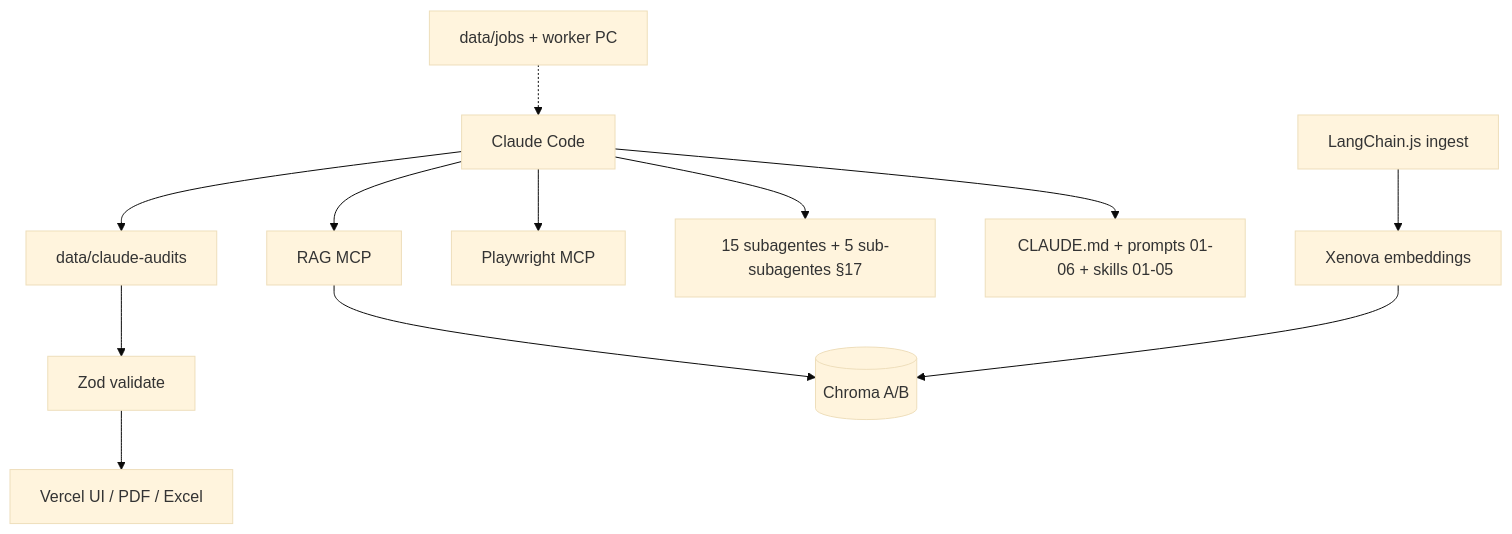
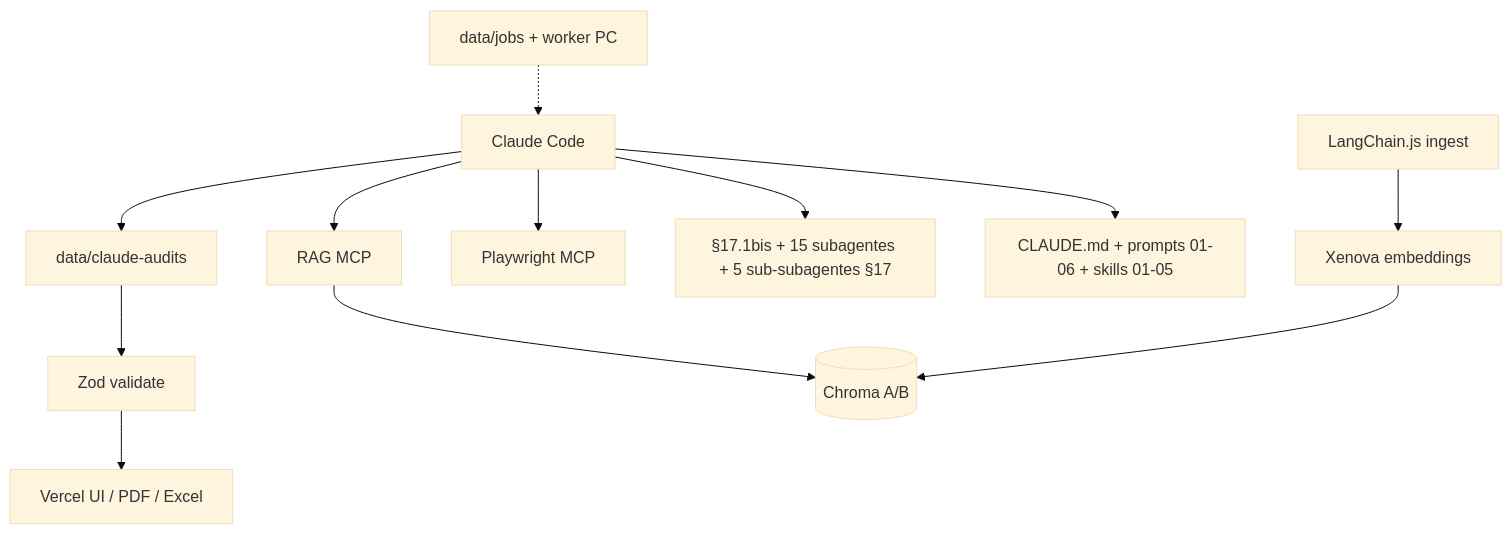
Before and after one commit to Fernandodesign96/lc-inapi.app: the first of 17 diagrams in docs/diagramas_procesos.md, drawn with Mermaid (base theme). The commit also changed 24 other files, not shown here.

````diff
--- a/docs/diagramas_procesos.md
+++ b/docs/diagramas_procesos.md
@@ -33,24 +33,24 @@
 ```mermaid
 flowchart TD
   CC[Claude Code]
   CM[CLAUDE.md + prompts 01-06 + skills 01-05]
-  SA[15 subagentes + 5 sub-subagentes §17]
+  SA[§17.1bis + 15 subagentes + 5 sub-subagentes §17]
   PW[Playwright MCP]
   RAG[RAG MCP]
   CH[(Chroma A/B)]
   XE[Xenova embeddings]
   LC[LangChain.js ingest]
   Z[Zod validate]
   JSON[data/claude-audits]
   V[Vercel UI / PDF / Excel]
   Jobs[data/jobs + worker PC]
 
   CC --> CM
   CC --> SA
   CC --> PW
   CC --> RAG
   RAG --> CH
   LC --> XE --> CH
   CC --> JSON --> Z --> V
   Jobs -.-> CC
 ```
````
